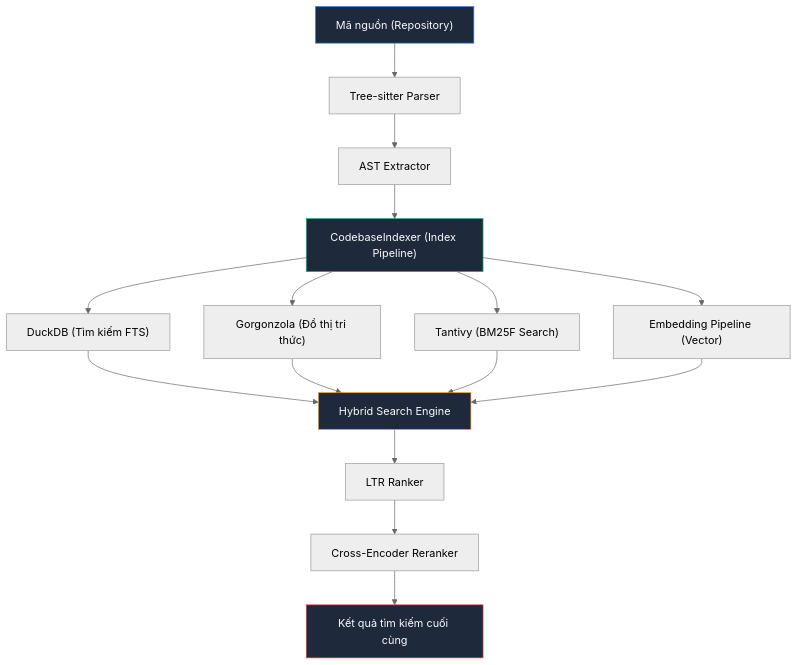
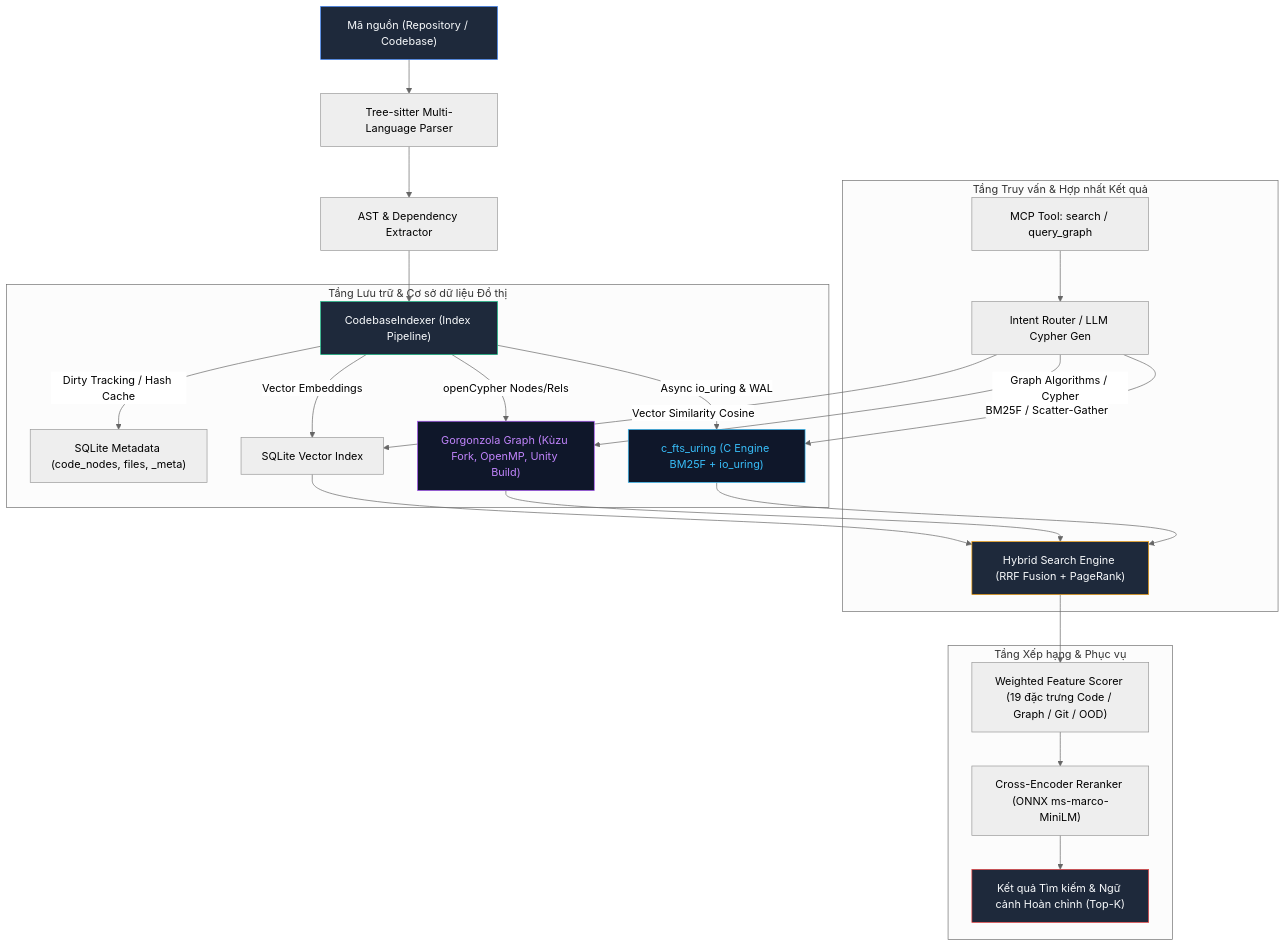
Before and after one commit to pecorino-mcp/pecorino: the first of 5 diagrams in docs/pecorino_architecture_vi.md, drawn with Mermaid (neutral theme). The commit also changed other lines of this file and 8 other files, not shown here.

First line of the commit message:
docs: update architecture specs and documentation for c_fts_uring, SQLite, and 8-tool MCP surface

````diff
--- a/docs/pecorino_architecture_vi.md
+++ b/docs/pecorino_architecture_vi.md
@@ -11,24 +19,37 @@
 ```mermaid
 graph TD
-    A["Mã nguồn (Repository)"] --> B["Tree-sitter Parser"]
-    B --> C["AST Extractor"]
+    A["Mã nguồn (Repository / Codebase)"] --> B["Tree-sitter Multi-Language Parser"]
+    B --> C["AST & Dependency Extractor"]
     C --> D["CodebaseIndexer (Index Pipeline)"]
-    D --> E["DuckDB (Tìm kiếm FTS)"]
-    D --> F["Gorgonzola (Đồ thị tri thức)"]
-    D --> G["Tantivy (BM25F Search)"]
-    D --> H["Embedding Pipeline (Vector)"]
     
-    E --> I["Hybrid Search Engine"]
-    F --> I
-    G --> I
-    H --> I
+    subgraph Storage_And_Graph["Tầng Lưu trữ & Cơ sở dữ liệu Đồ thị"]
+        D -->|Dirty Tracking / Hash Cache| E["SQLite Metadata (code_nodes, files, _meta)"]
+        D -->|Async io_uring & WAL| F["c_fts_uring (C Engine BM25F + io_uring)"]
+        D -->|openCypher Nodes/Rels| G["Gorgonzola Graph (Kùzu Fork, OpenMP, Unity Build)"]
+        D -->|Vector Embeddings| H["SQLite Vector Index"]
+    end
     
-    I --> J["LTR Ranker"]
-    J --> K["Cross-Encoder Reranker"]
-    K --> L["Kết quả tìm kiếm cuối cùng"]
+    subgraph Query_And_Fusion["Tầng Truy vấn & Hợp nhất Kết quả"]
+        I["MCP Tool: search / query_graph"] --> J["Intent Router / LLM Cypher Gen"]
+        J -->|BM25F / Scatter-Gather| F
+        J -->|Graph Algorithms / Cypher| G
+        J -->|Vector Similarity Cosine| H
+        
+        F --> K["Hybrid Search Engine (RRF Fusion + PageRank)"]
+        G --> K
+        H --> K
+    end
     
+    subgraph Ranking_And_Serving["Tầng Xếp hạng & Phục vụ"]
+        K --> L["Weighted Feature Scorer (19 đặc trưng Code / Graph / Git / OOD)"]
+        L --> M["Cross-Encoder Reranker (ONNX ms-marco-MiniLM)"]
+        M --> N["Kết quả Tìm kiếm & Ngữ cảnh Hoàn chỉnh (Top-K)"]
+    end
+
     style A fill:#1e293b,stroke:#3b82f6,color:#f8fafc
     style D fill:#1e293b,stroke:#10b981,color:#f8fafc
-    style I fill:#1e293b,stroke:#f59e0b,color:#f8fafc
-    style L fill:#1e293b,stroke:#ef4444,color:#f8fafc
+    style F fill:#0f172a,stroke:#38bdf8,color:#38bdf8
+    style G fill:#0f172a,stroke:#a855f7,color:#c084fc
+    style K fill:#1e293b,stroke:#f59e0b,color:#f8fafc
+    style N fill:#1e293b,stroke:#ef4444,color:#f8fafc
 ```
````
